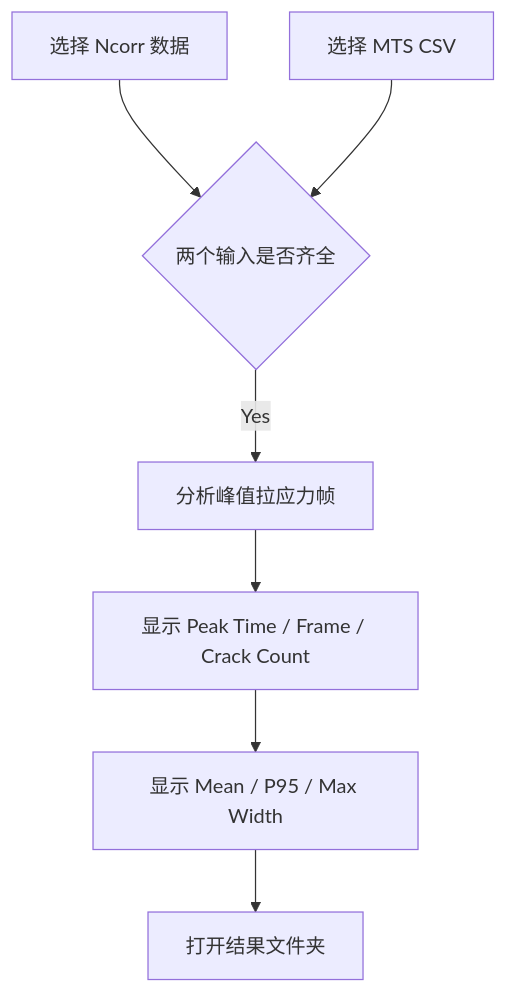
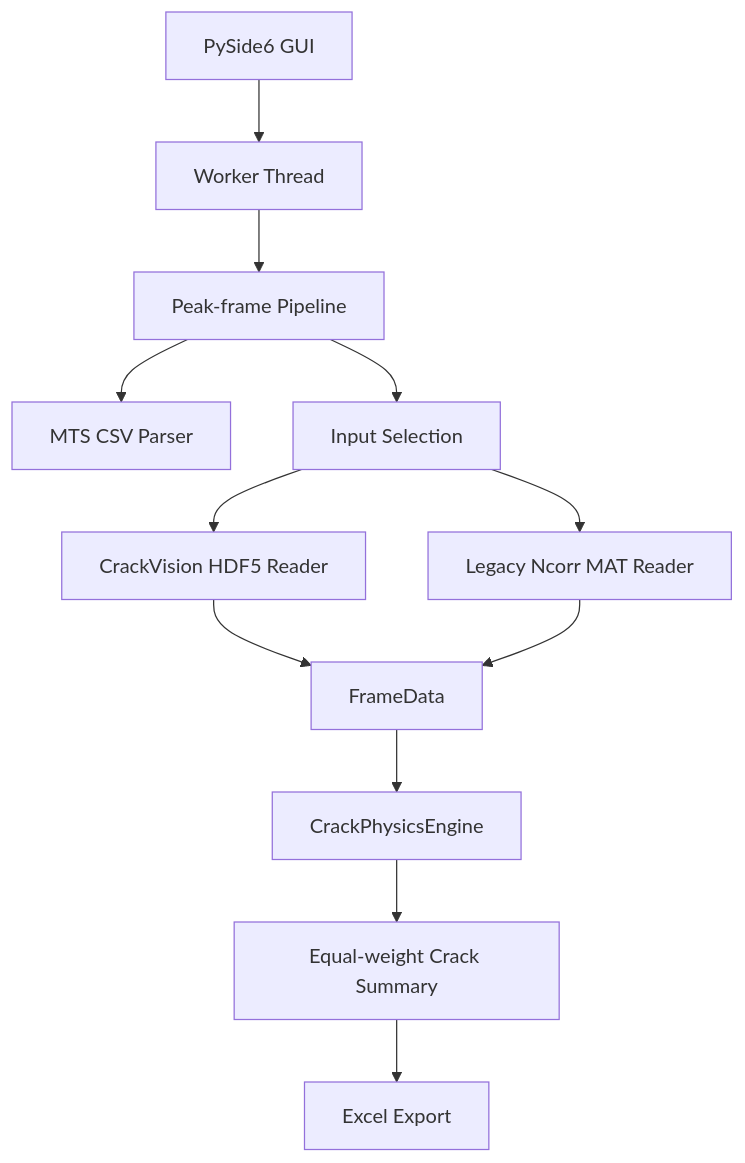
The sixth of 6 diagrams in README.md (liqinglq666/CrackVision-DIC), drawn with Mermaid before and after one commit. The commit also changed other lines of this file, not shown here.

````diff
--- a/README.md
+++ b/README.md
@@ -647,9 +705,18 @@
 ```mermaid
 flowchart TD
-    A[选择 Ncorr 数据] --> C{两个输入是否齐全}
-    B[选择 MTS CSV] --> C
-    C -->|Yes| D[分析峰值拉应力帧]
-    D --> E[显示 Peak Time / Frame / Crack Count]
-    E --> F[显示 Mean / P95 / Max Width]
-    F --> G[打开结果文件夹]
+    GUI[PySide6 GUI] --> Worker[Worker Thread]
+    Worker --> Pipeline[Peak-frame Pipeline]
+
+    Pipeline --> MTS[MTS CSV Parser]
+    Pipeline --> Input[Input Selection]
+
+    Input --> H5[CrackVision HDF5 Reader]
+    Input --> MAT[Legacy Ncorr MAT Reader]
+
+    H5 --> Frame[FrameData]
+    MAT --> Frame
+
+    Frame --> Physics[CrackPhysicsEngine]
+    Physics --> Summary[Equal-weight Crack Summary]
+    Summary --> Export[Excel Export]
 ```
````
